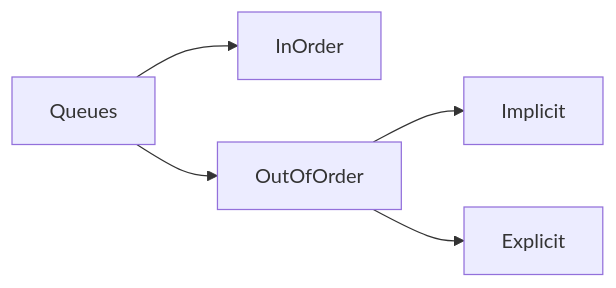
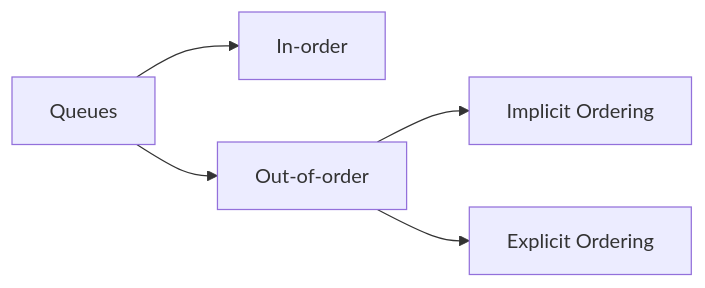
The first of 2 diagrams in examples/01.queues/readme.md (salehjg/Learning-SYCL), drawn with Mermaid before and after one commit. The commit also changed other lines of this file, not shown here.

````diff
--- a/examples/01.queues/readme.md
+++ b/examples/01.queues/readme.md
@@ -5,7 +5,7 @@
 ```mermaid
 graph LR;
-  Queues-->InOrder;
-  Queues-->OutOfOrder;
-  OutOfOrder-->Implicit;
-  OutOfOrder-->Explicit;
+  Q[Queues]-->IO[In-order];
+  Q-->OoO[Out-of-order];
+  OoO-->OooI[Implicit Ordering];
+  OoO-->OooE[Explicit Ordering];
 ```
````
